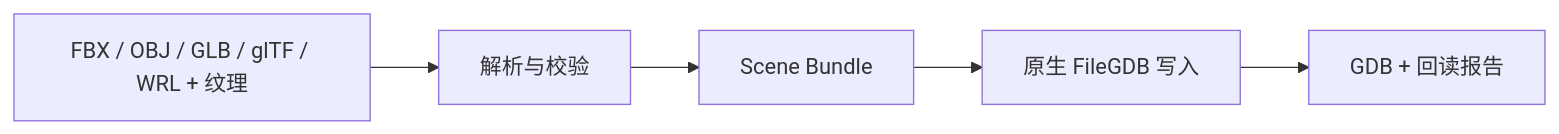
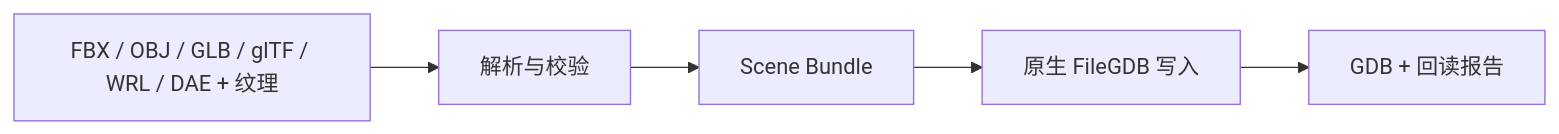
One commit to jasper-gis/GeoModelBridge changed the diagram in README.md. Above: the diagram before and after it, drawn with Mermaid. The commit also changed other lines of this file and 60 other files, not shown here.

````diff
--- a/README.md
+++ b/README.md
@@ -38,7 +38,7 @@
 ```mermaid
 flowchart LR
-    A[FBX / OBJ / GLB / glTF / WRL + 纹理] --> B[解析与校验]
+    A[FBX / OBJ / GLB / glTF / WRL / DAE + 纹理] --> B[解析与校验]
     B --> C[Scene Bundle]
     C --> D[原生 FileGDB 写入]
     D --> E[GDB + 回读报告]
 ```
````
